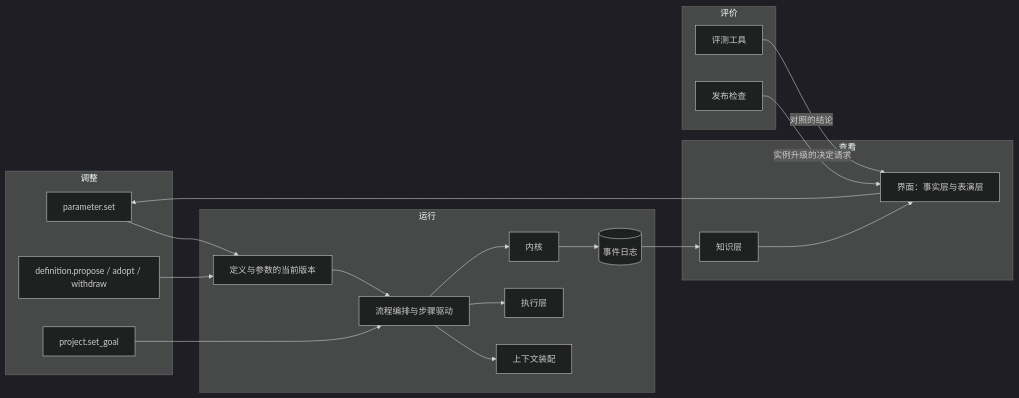
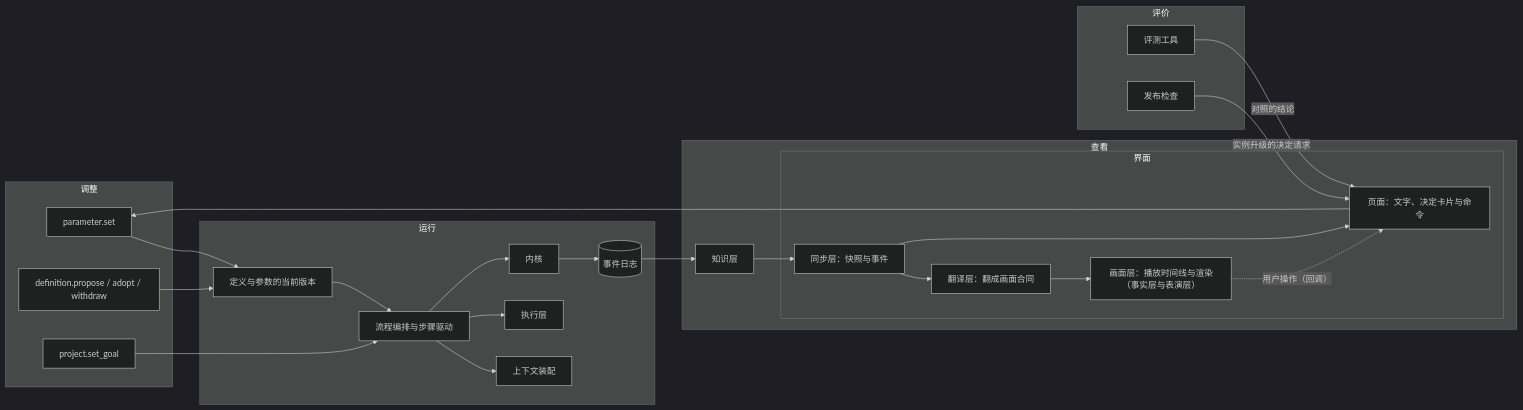
One commit to bender2333/yudao changed the second of 3 diagrams in docs/design/architecture/overall-architecture.md. Above: the diagram before and after it, drawn with Mermaid (dark theme). The commit also changed other lines of this file and 6 other files, not shown here.

First line of the commit message:
架构图跟上 ADR-0043：界面分成同步层、翻译层、画面层；画面与播放说明补两种时间与时间线流程图

````diff
--- a/docs/design/architecture/overall-architecture.md
+++ b/docs/design/architecture/overall-architecture.md
@@ -99,36 +99,44 @@
 ```mermaid
 flowchart LR
   subgraph Edit["调整"]
     PS["parameter.set"]
     DP["definition.propose / adopt / withdraw"]
     GU["project.set_goal"]
   end
   subgraph Run["运行"]
     Ver["定义与参数的当前版本"]
     Orch2["流程编排与步骤驱动"]
     Asm2["上下文装配"]
     Ker["内核"]
     Exe["执行层"]
     Evt[("事件日志")]
   end
   subgraph See["查看"]
     Know2["知识层"]
-    Cli["界面：事实层与表演层"]
+    subgraph Cli["界面"]
+      Sync2["同步层：快照与事件"]
+      Adapt2["翻译层：翻成画面合同"]
+      Scene2["画面层：播放时间线与渲染（事实层与表演层）"]
+      Pages2["页面：文字、决定卡片与命令"]
+    end
   end
   subgraph Judge["评价"]
     Ev["评测工具"]
     Rel["发布检查"]
   end
   PS --> Ver
   DP --> Ver
   GU --> Orch2
   Ver --> Orch2
   Orch2 --> Asm2
   Orch2 --> Exe
   Orch2 --> Ker
   Ker --> Evt
-  Evt --> Know2 --> Cli
-  Cli --> PS
-  Ev -->|"对照的结论"| Cli
-  Rel -->|"实例升级的决定请求"| Cli
+  Evt --> Know2 --> Sync2
+  Sync2 --> Adapt2 --> Scene2
+  Sync2 --> Pages2
+  Scene2 -.->|"用户操作（回调）"| Pages2
+  Pages2 --> PS
+  Ev -->|"对照的结论"| Pages2
+  Rel -->|"实例升级的决定请求"| Pages2
 ```
````
